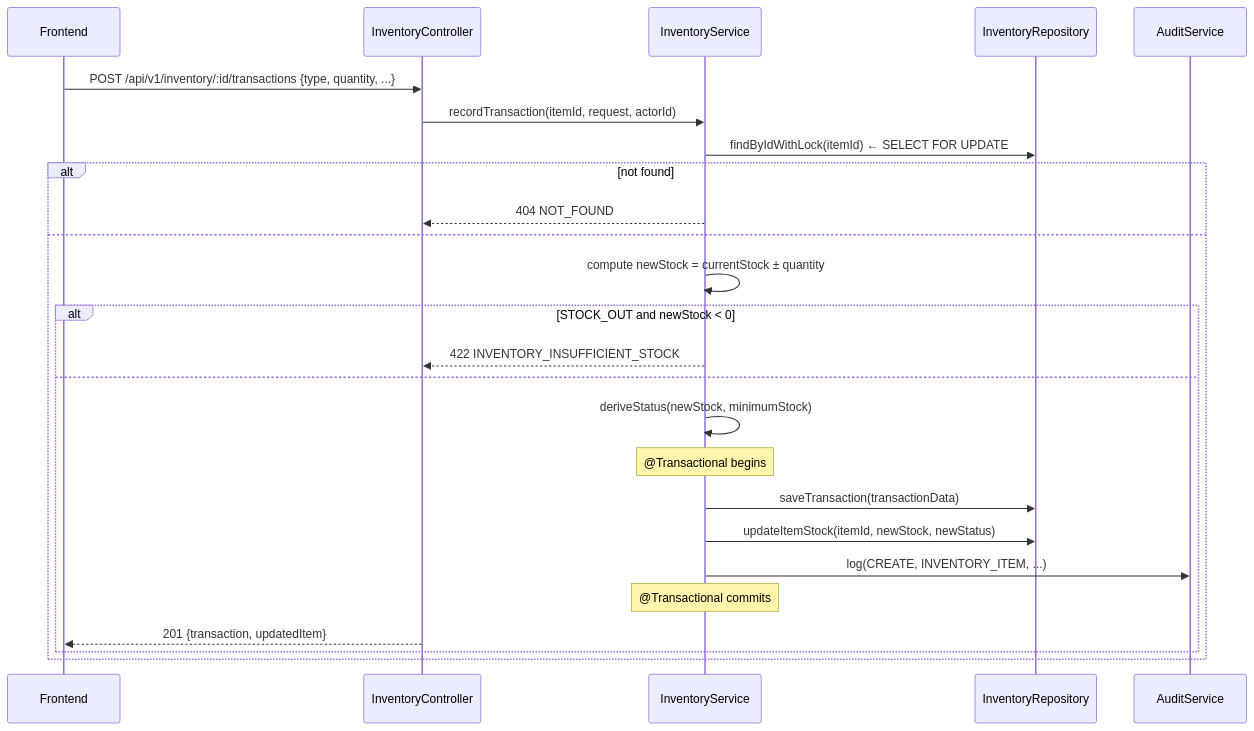
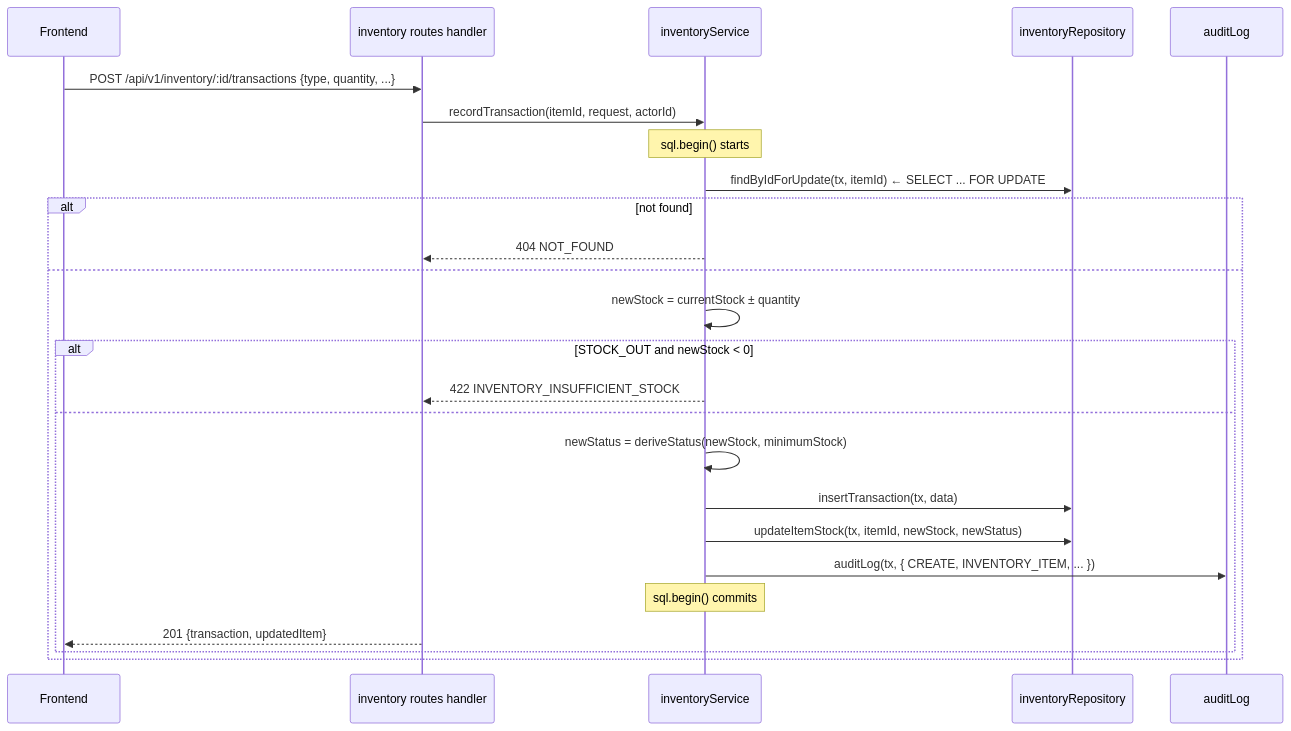
One commit to sidpd51/gym-app changed the fifth of 5 diagrams in backend/docs/06-backend-lld.md. Above: the diagram before and after it, drawn with Mermaid. The commit also changed other lines of this file and 5 other files, not shown here.

Commit message:
Migrate backend architecture documentation from Java to Node.js/Fastify

````diff
--- a/backend/docs/06-backend-lld.md
+++ b/backend/docs/06-backend-lld.md
@@ -836,28 +832,28 @@
 ```mermaid
 sequenceDiagram
     participant FE as Frontend
-    participant C as InventoryController
-    participant S as InventoryService
-    participant IR as InventoryRepository
-    participant A as AuditService
+    participant R as inventory routes handler
+    participant S as inventoryService
+    participant IR as inventoryRepository
+    participant A as auditLog
 
-    FE->>C: POST /api/v1/inventory/:id/transactions {type, quantity, ...}
-    C->>S: recordTransaction(itemId, request, actorId)
-    S->>IR: findByIdWithLock(itemId)    ← SELECT FOR UPDATE
+    FE->>R: POST /api/v1/inventory/:id/transactions {type, quantity, ...}
+    R->>S: recordTransaction(itemId, request, actorId)
+    note over S: sql.begin() starts
+    S->>IR: findByIdForUpdate(tx, itemId)   ← SELECT ... FOR UPDATE
     alt not found
-        S-->>C: 404 NOT_FOUND
+        S-->>R: 404 NOT_FOUND
     else
-        S->>S: compute newStock = currentStock ± quantity
+        S->>S: newStock = currentStock ± quantity
         alt STOCK_OUT and newStock < 0
-            S-->>C: 422 INVENTORY_INSUFFICIENT_STOCK
+            S-->>R: 422 INVENTORY_INSUFFICIENT_STOCK
         else
-            S->>S: deriveStatus(newStock, minimumStock)
-            note over S: @Transactional begins
-            S->>IR: saveTransaction(transactionData)
-            S->>IR: updateItemStock(itemId, newStock, newStatus)
-            S->>A: log(CREATE, INVENTORY_ITEM, ...)
-            note over S: @Transactional commits
-            C-->>FE: 201 {transaction, updatedItem}
+            S->>S: newStatus = deriveStatus(newStock, minimumStock)
+            S->>IR: insertTransaction(tx, data)
+            S->>IR: updateItemStock(tx, itemId, newStock, newStatus)
+            S->>A: auditLog(tx, { CREATE, INVENTORY_ITEM, ... })
+            note over S: sql.begin() commits
+            R-->>FE: 201 {transaction, updatedItem}
         end
     end
 ```
````
